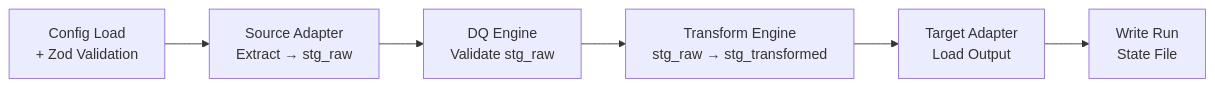
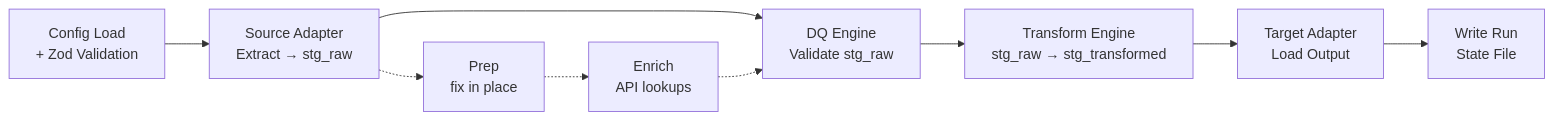
The diagram in docs-site/src/content/docs/getting-started/core-concepts.mdx (caracal-lynx/sluice), drawn with Mermaid before and after one commit. The commit also changed other lines of this file and 18 other files, not shown here.

````diff
--- a/docs-site/src/content/docs/getting-started/core-concepts.mdx
+++ b/docs-site/src/content/docs/getting-started/core-concepts.mdx
@@ -80,8 +82,11 @@
 ```mermaid
 flowchart LR
     A[Config Load<br/>+ Zod Validation] --> B[Source Adapter<br/>Extract → stg_raw]
+    B -.-> P[Prep<br/>fix in place]
+    P -.-> N[Enrich<br/>API lookups]
     B --> C[DQ Engine<br/>Validate stg_raw]
+    N -.-> C
     C --> D[Transform Engine<br/>stg_raw → stg_transformed]
     D --> E[Target Adapter<br/>Load Output]
     E --> F[Write Run<br/>State File]
 ```
````
